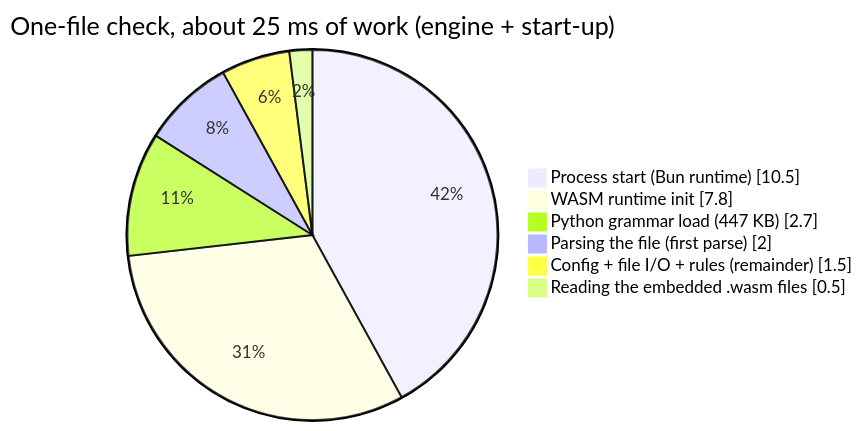
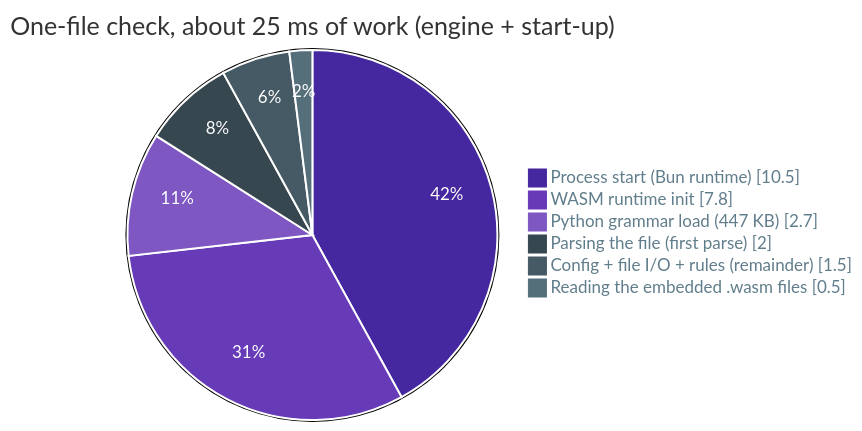
One commit to SirCypkowskyy/inwards changed the diagram in docs/chapters/06-Constraints-and-Quality.md. Above: the diagram before and after it, drawn with Mermaid. The commit also changed 9 other files, not shown here.

````diff
--- a/docs/chapters/06-Constraints-and-Quality.md
+++ b/docs/chapters/06-Constraints-and-Quality.md
@@ -93,10 +93,25 @@
 ```mermaid
+---
+config:
+  theme: base
+  themeVariables:
+    pieSectionTextColor: "#ffffff"
+    pieLegendTextColor: "#607d8b"
+    pieStrokeColor: "#ffffff"
+    pieOpacity: "1"
+    pie1: "#4527a0"
+    pie2: "#673ab7"
+    pie3: "#7e57c2"
+    pie4: "#37474f"
+    pie5: "#455a64"
+    pie6: "#546e7a"
+---
 pie showData
     title One-file check, about 25 ms of work (engine + start-up)
     "Process start (Bun runtime)" : 10.5
     "WASM runtime init" : 7.8
     "Python grammar load (447 KB)" : 2.7
     "Parsing the file (first parse)" : 2
     "Config + file I/O + rules (remainder)" : 1.5
     "Reading the embedded .wasm files" : 0.5
 ```
````
